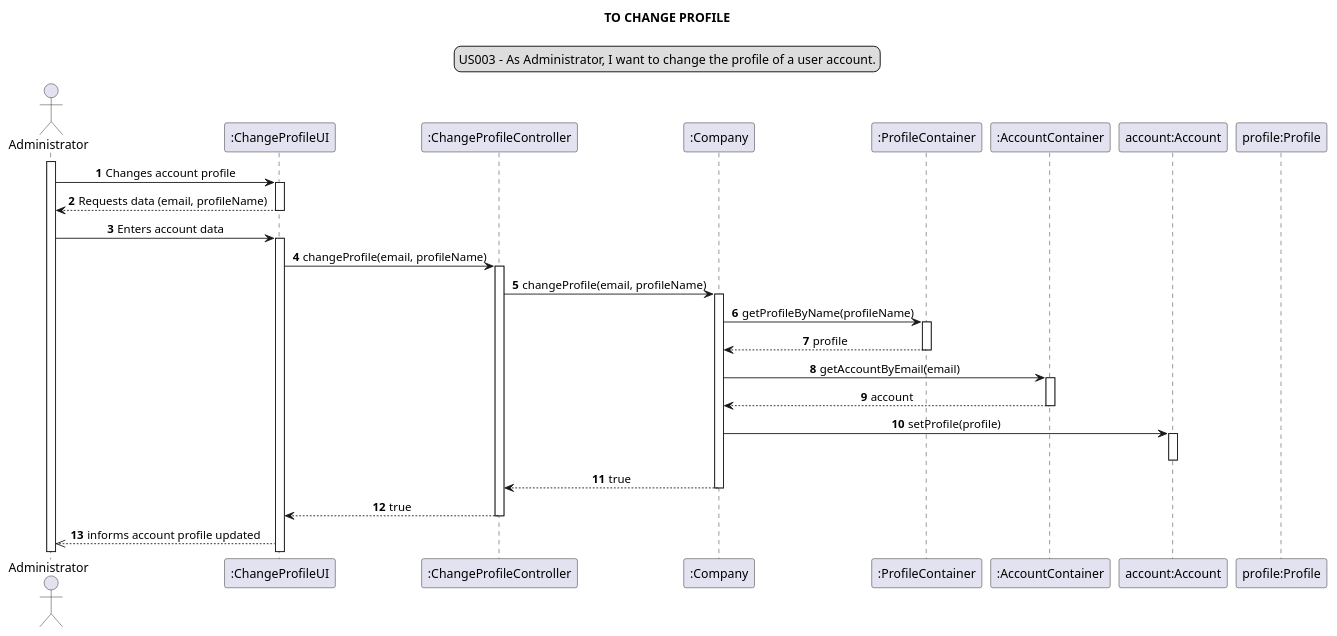
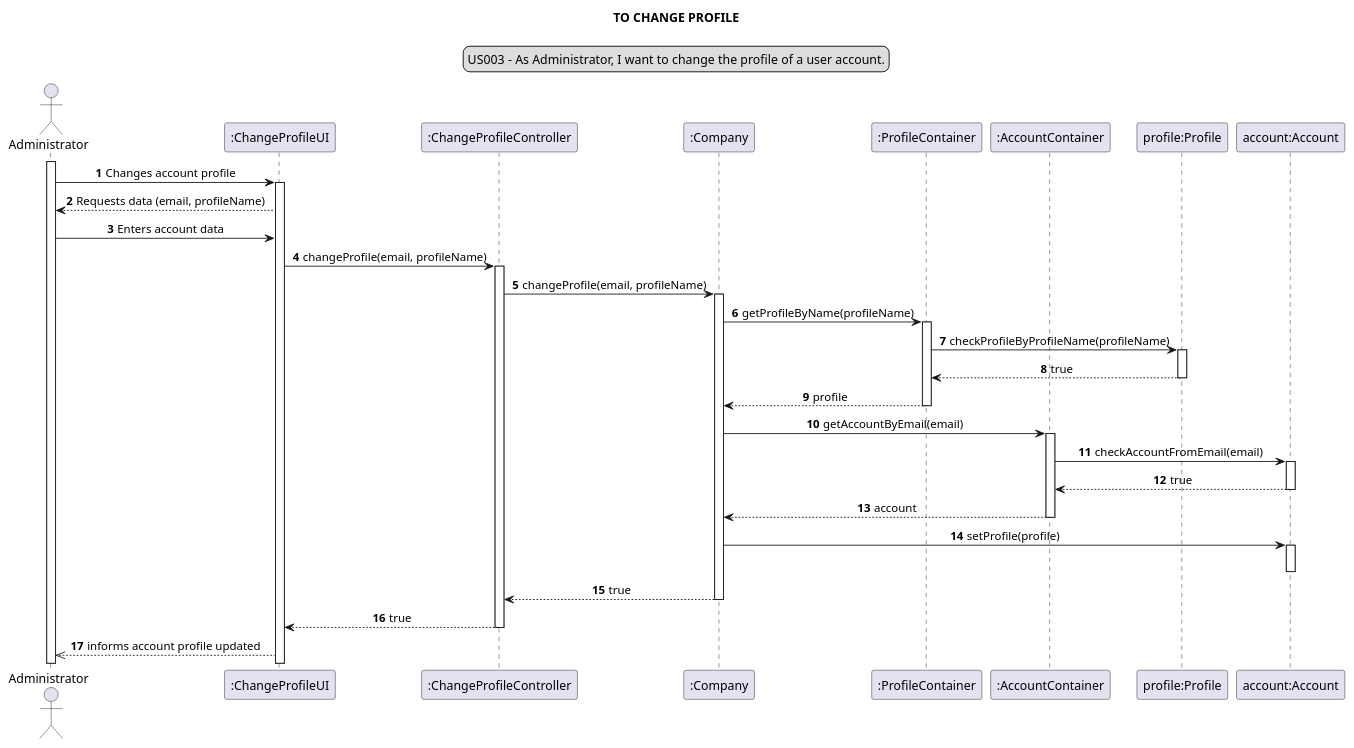
Before and after one commit to Loracline/project_switch_22-23: the diagram in docs/modelling_design/user_stories/sprint01/us003/US003_sequenceDiagram.puml, drawn with PlantUML. The commit also changed 19 other files, not shown here.

First line of the commit message:
US014: Development: Code refinement. US014:  Design : Refinement of Sequence Diagram	and Class Diagram.

```diff
--- a/docs/modelling_design/user_stories/sprint01/us003/US003_sequenceDiagram.puml
+++ b/docs/modelling_design/user_stories/sprint01/us003/US003_sequenceDiagram.puml
@@ -1,48 +1,56 @@
 @startuml
 
 
 actor Administrator
 participant ":ChangeProfileUI" as ui
 participant ":ChangeProfileController" as controller
 participant ":Company" as company
 participant ":ProfileContainer" as pcontainer
 participant ":AccountContainer" as acontainer
+participant "profile:Profile" as pf
 participant "account:Account" as account
-participant "profile:Profile" as pprofile
+
+
 
 skinparam sequenceMessageAlign center
 title TO CHANGE PROFILE
 legend top
 US003 - As Administrator, I want to change the profile of a user account.
 end legend
 autonumber
 activate Administrator
 Administrator -> ui:  Changes account profile
 activate ui
 Administrator <-- ui:  Requests data (email, profileName)
-deactivate ui
 Administrator -> ui:  Enters account data
-activate ui
 ui -> controller: changeProfile(email, profileName)
 activate controller
 controller -> company: changeProfile(email, profileName)
 activate company
 company -> pcontainer: getProfileByName(profileName)
 activate pcontainer
+pcontainer -> pf: checkProfileByProfileName(profileName)
+activate pf
+pf --> pcontainer : true
+deactivate pf
 company <-- pcontainer: profile
 deactivate pcontainer
 company -> acontainer: getAccountByEmail(email)
 activate acontainer
+acontainer -> account: checkAccountFromEmail(email)
+activate account
+account --> acontainer: true
+deactivate account
 company <-- acontainer: account
 deactivate acontainer
 company -> account: setProfile(profile)
 activate account
 deactivate account
 controller <-- company: true
 deactivate company
 controller --> ui: true
 deactivate controller
 ui -->> Administrator: informs account profile updated
 
 
 @enduml
```
